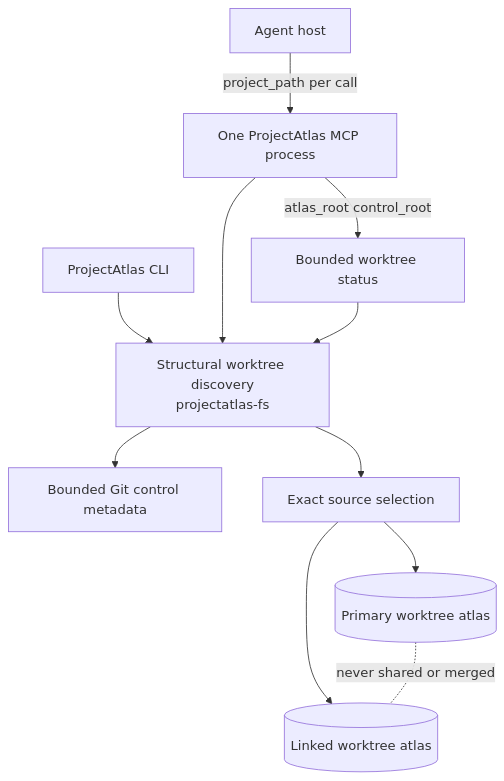
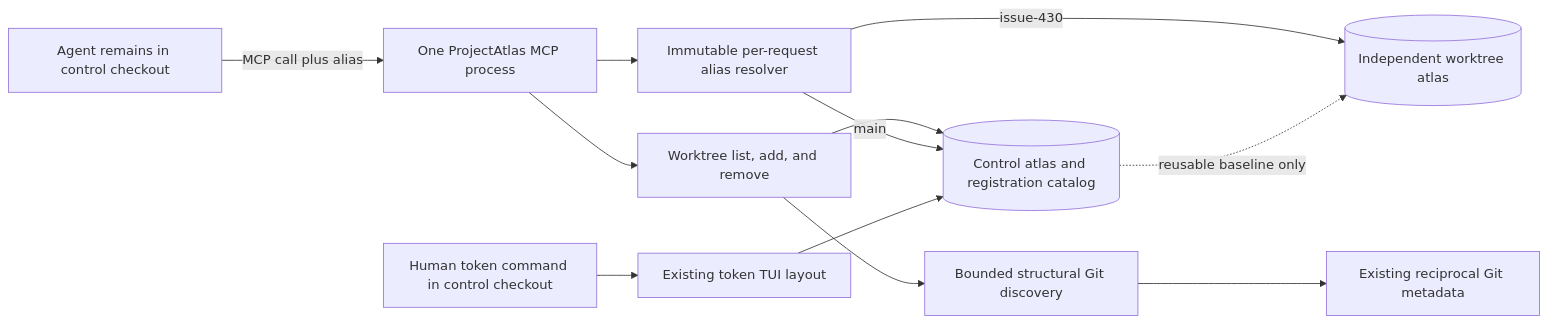
The first of 6 diagrams in docs/worktree-lifecycle.md (styler-ai/ProjectAtlas), drawn with Mermaid before and after one commit. The commit also changed other lines of this file and 56 other files, not shown here.

````diff
--- a/docs/worktree-lifecycle.md
+++ b/docs/worktree-lifecycle.md
@@ -9,13 +9,14 @@
 ```mermaid
-flowchart TD
-    Agent[Agent host] -->|project_path per call| MCP[One ProjectAtlas MCP process]
-    CLI[ProjectAtlas CLI] --> Discover[Structural worktree discovery<br/>projectatlas-fs]
-    MCP --> Discover
-    Discover --> GitMeta[Bounded Git control metadata]
-    Discover --> Select[Exact source selection]
-    Select --> MainDB[(Primary worktree atlas)]
-    Select --> LinkedDB[(Linked worktree atlas)]
-    MainDB -. never shared or merged .- LinkedDB
-    MCP -->|atlas_root control_root| Status[Bounded worktree status]
-    Status --> Discover
+flowchart LR
+    Agent[Agent remains in control checkout] -->|MCP call plus alias| MCP[One ProjectAtlas MCP process]
+    MCP --> Resolver[Immutable per-request alias resolver]
+    MCP --> Catalog[Worktree list, add, and remove]
+    Catalog --> Discovery[Bounded structural Git discovery]
+    Discovery --> GitMeta[Existing reciprocal Git metadata]
+    Catalog --> ControlDB[(Control atlas and registration catalog)]
+    Resolver -->|main| ControlDB
+    Resolver -->|issue-430| TargetDB[(Independent worktree atlas)]
+    ControlDB -. reusable baseline only .-> TargetDB
+    Human[Human token command in control checkout] --> TokenTUI[Existing token TUI layout]
+    TokenTUI --> ControlDB
 ```
````
